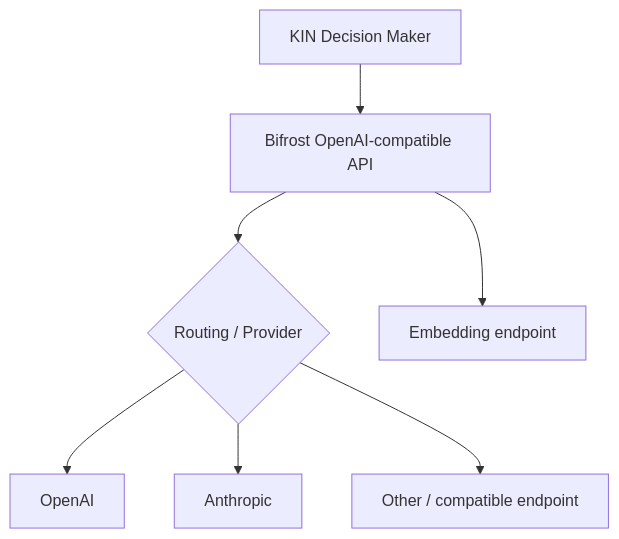
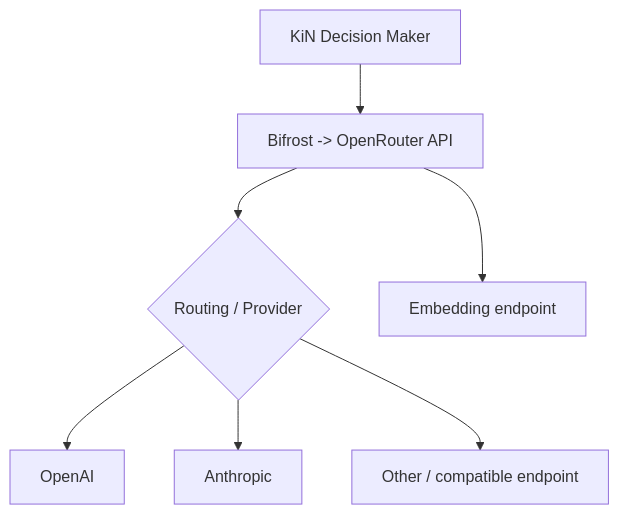
Before and after one commit to vaheed/KiN: the sixth of 8 diagrams in ARCHITECTURE.md, drawn with Mermaid. The commit also changed other lines of this file, not shown here.

Commit message:
docs: update KiN autonomy and OpenRouter architecture

````diff
--- a/ARCHITECTURE.md
+++ b/ARCHITECTURE.md
@@ -111,9 +112,9 @@
 ```mermaid
 flowchart TD
-    K[KIN Decision Maker] --> G[Bifrost OpenAI-compatible API]
+    K[KiN Decision Maker] --> G[Bifrost -> OpenRouter API]
     G --> R{Routing / Provider}
     R --> O[OpenAI]
     R --> A[Anthropic]
     R --> L[Other / compatible endpoint]
     G --> E[Embedding endpoint]
 ```
````
